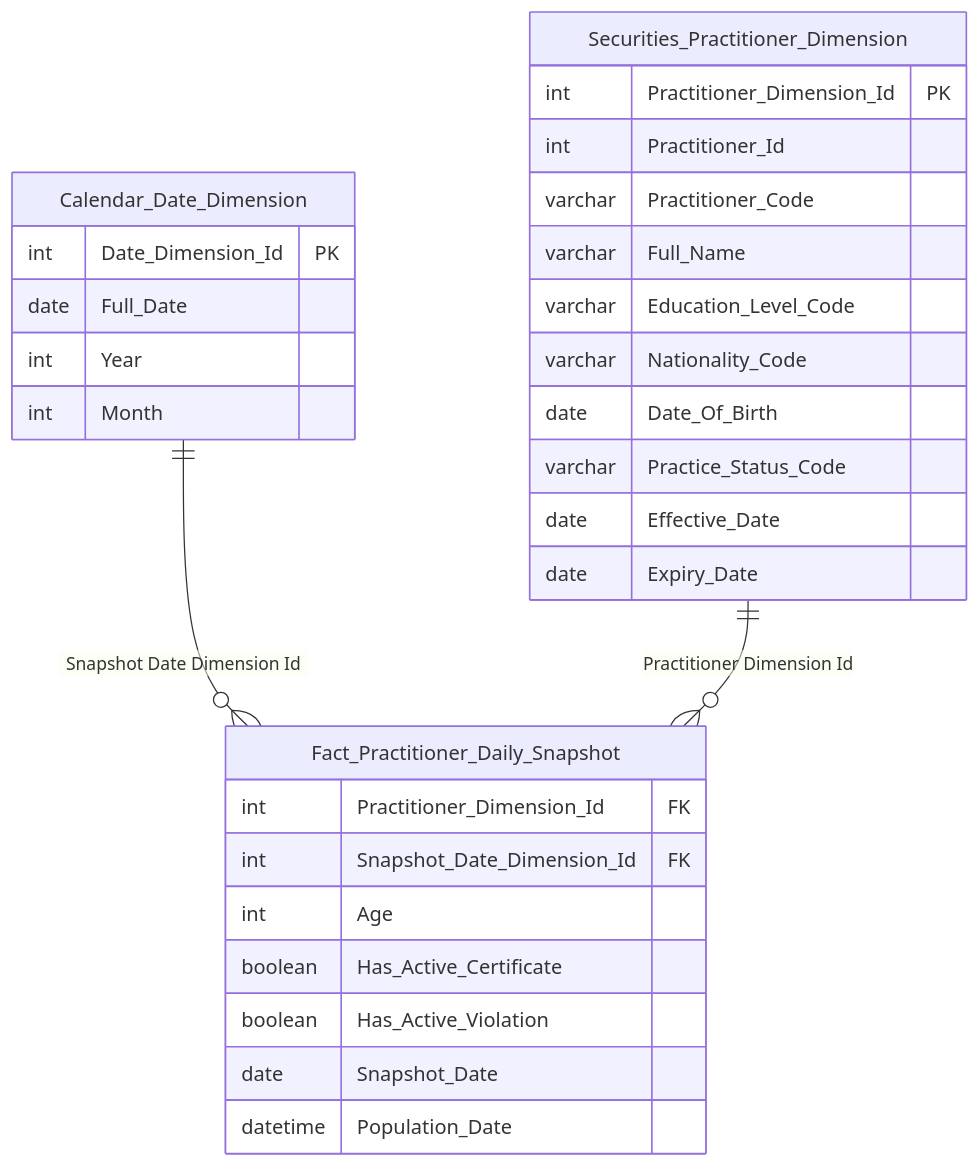
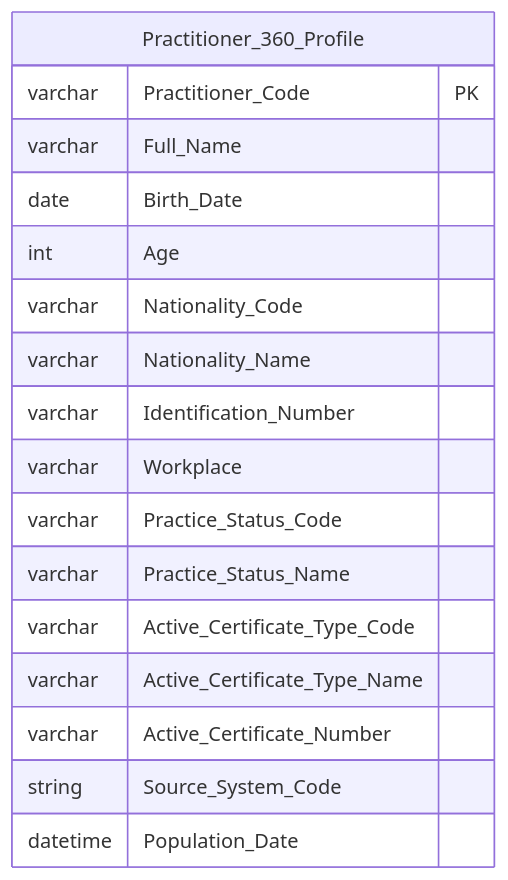
One commit to linhlvit/ubck_atomic_design changed diagram 22 of 40 in Datamart/hld/DTM_NHNCK_HLD.md. Above: the diagram before and after it, drawn with Mermaid. The commit also changed other lines of this file and 25 other files, not shown here.

````diff
--- a/Datamart/hld/DTM_NHNCK_HLD.md
+++ b/Datamart/hld/DTM_NHNCK_HLD.md
@@ -646,35 +961,20 @@
 ```mermaid
 erDiagram
-    Calendar_Date_Dimension ||--o{ Fact_Practitioner_Daily_Snapshot : "Snapshot Date Dimension Id"
-    Securities_Practitioner_Dimension ||--o{ Fact_Practitioner_Daily_Snapshot : "Practitioner Dimension Id"
-
-    Fact_Practitioner_Daily_Snapshot {
-        int Practitioner_Dimension_Id FK
-        int Snapshot_Date_Dimension_Id FK
+    Practitioner_360_Profile {
+        varchar Practitioner_Code PK
+        varchar Full_Name
+        date Birth_Date
         int Age
-        boolean Has_Active_Certificate
-        boolean Has_Active_Violation
-        date Snapshot_Date
+        varchar Nationality_Code
+        varchar Nationality_Name
+        varchar Identification_Number
+        varchar Workplace
+        varchar Practice_Status_Code
+        varchar Practice_Status_Name
+        varchar Active_Certificate_Type_Code
+        varchar Active_Certificate_Type_Name
+        varchar Active_Certificate_Number
+        string Source_System_Code
         datetime Population_Date
     }
-
-    Calendar_Date_Dimension {
-        int Date_Dimension_Id PK
-        date Full_Date
-        int Year
-        int Month
-    }
-
-    Securities_Practitioner_Dimension {
-        int Practitioner_Dimension_Id PK
-        int Practitioner_Id
-        varchar Practitioner_Code
-        varchar Full_Name
-        varchar Education_Level_Code
-        varchar Nationality_Code
-        date Date_Of_Birth
-        varchar Practice_Status_Code
-        date Effective_Date
-        date Expiry_Date
-    }
 ```
````
